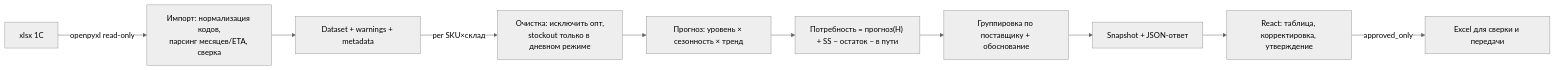
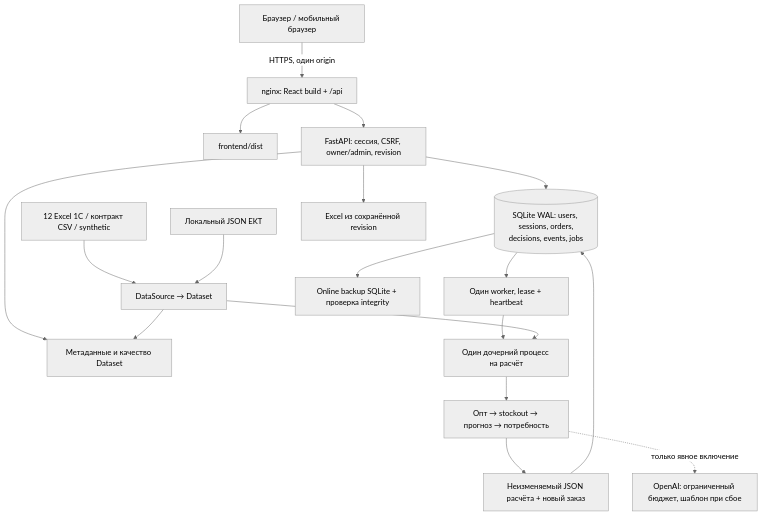
Before and after one commit to BAITC-Hacks/hack-a84ff6d0-hubtech: the first of 3 diagrams in docs/АРХИТЕКТУРА.md, drawn with Mermaid (neutral theme). The commit also changed other lines of this file and 120 other files, not shown here.

````diff
--- a/docs/АРХИТЕКТУРА.md
+++ b/docs/АРХИТЕКТУРА.md
@@ -76,12 +7,20 @@
 ```mermaid
-flowchart LR
-    A["xlsx 1С"] -->|openpyxl read-only| B["Импорт: нормализация кодов,<br/>парсинг месяцев/ETA, сверка"]
-    B --> C["Dataset + warnings + metadata"]
-    C -->|per SKU×склад| D["Очистка: исключить опт,<br/>stockout только в дневном режиме"]
-    D --> E["Прогноз: уровень × сезонность × тренд"]
-    E --> F["Потребность = прогноз(H) + SS − остаток − в пути"]
-    F --> G["Группировка по поставщику + обоснование"]
-    G --> H["Snapshot + JSON-ответ"]
-    H --> I["React: таблица, корректировка, утверждение"]
-    I -->|approved_only| J["Excel для сверки и передачи"]
+flowchart TD
+    B["Браузер / мобильный браузер"] -->|HTTPS, один origin| N["nginx: React build + /api"]
+    N --> UI["frontend/dist"]
+    N --> API["FastAPI: сессия, CSRF, owner/admin, revision"]
+    API --> DB[("SQLite WAL: users, sessions, orders,<br/>decisions, events, jobs")]
+    API --> META["Метаданные и качество Dataset"]
+    FILES["12 Excel 1С / контракт CSV / synthetic"] --> ADAPTER["DataSource → Dataset"]
+    EKT["Локальный JSON EKT"] --> ADAPTER
+    ADAPTER --> META
+    DB --> W["Один worker, lease + heartbeat"]
+    W --> CHILD["Один дочерний процесс на расчёт"]
+    ADAPTER --> CHILD
+    CHILD --> ENGINE["Опт → stockout → прогноз → потребность"]
+    ENGINE --> RESULT["Неизменяемый JSON расчёта + новый заказ"]
+    RESULT --> DB
+    ENGINE -.->|только явное включение| LLM["OpenAI: ограниченный бюджет, шаблон при сбое"]
+    API --> XLSX["Excel из сохранённой revision"]
+    DB --> BACKUP["Online backup SQLite + проверка integrity"]
 ```
````
